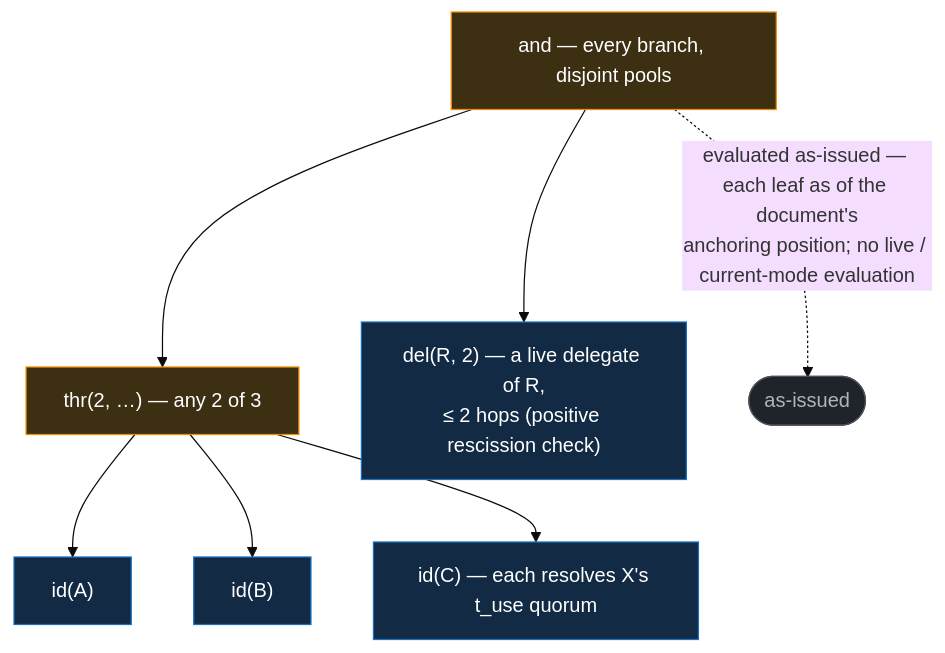
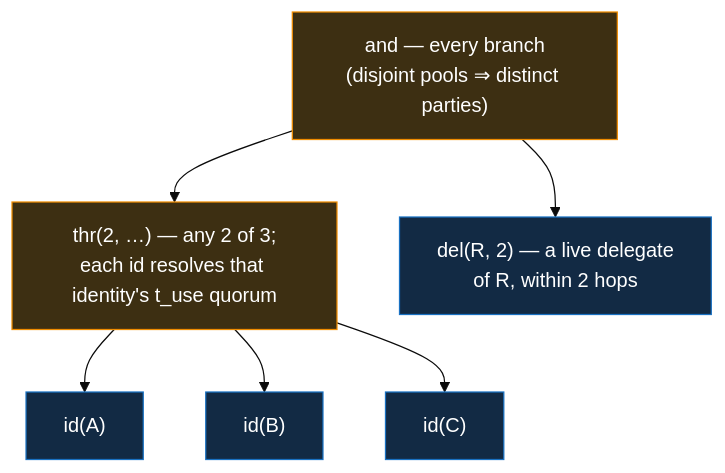
Before and after one commit to jasoncolburne/vdti: the diagram in docs/design/primitives/policy/policy.md, drawn with Mermaid (base theme). The commit also changed other lines of this file and 1 other file, not shown here.

Commit message:
VDTI-28: Features/Policy review

````diff
--- a/docs/design/primitives/policy/policy.md
+++ b/docs/design/primitives/policy/policy.md
@@ -118,13 +118,11 @@
 ```mermaid
 flowchart TD
-  root["and — every branch, disjoint pools"]:::comp
-  root --> thr["thr(2, …) — any 2 of 3"]:::comp
-  root --> del["del(R, 2) — a live delegate of R,<br/>≤ 2 hops (positive rescission check)"]:::leaf
+  root["and — every branch<br/>(disjoint pools ⇒ distinct parties)"]:::comp
+  root --> thr["thr(2, …) — any 2 of 3;<br/>each id resolves that identity's t_use quorum"]:::comp
   thr --> a["id(A)"]:::leaf
   thr --> b["id(B)"]:::leaf
-  thr --> c["id(C) — each resolves X's t_use quorum"]:::leaf
-  root -.->|"evaluated as-issued — each leaf as of the document's<br/>anchoring position; no live / current-mode evaluation"| ai(["as-issued"]):::note
+  thr --> c["id(C)"]:::leaf
+  root --> del["del(R, 2) — a live delegate<br/>of R, within 2 hops"]:::leaf
   classDef comp fill:#3d2f12,stroke:#f08c00,color:#fff
   classDef leaf fill:#122a44,stroke:#1971c2,color:#fff
-  classDef note fill:#20242a,stroke:#495057,color:#adb5bd
 ```
````
